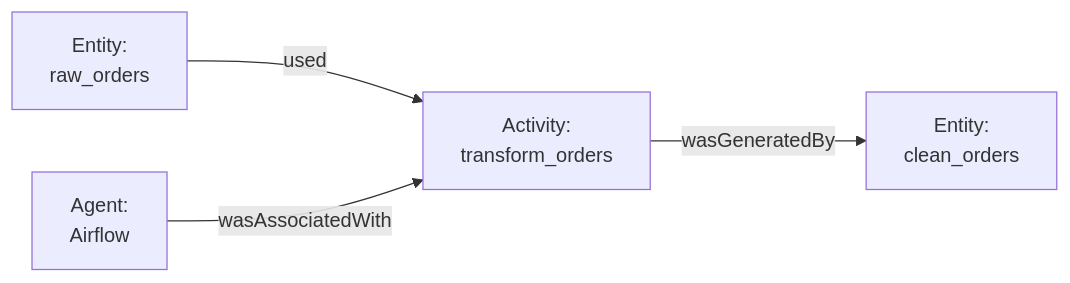
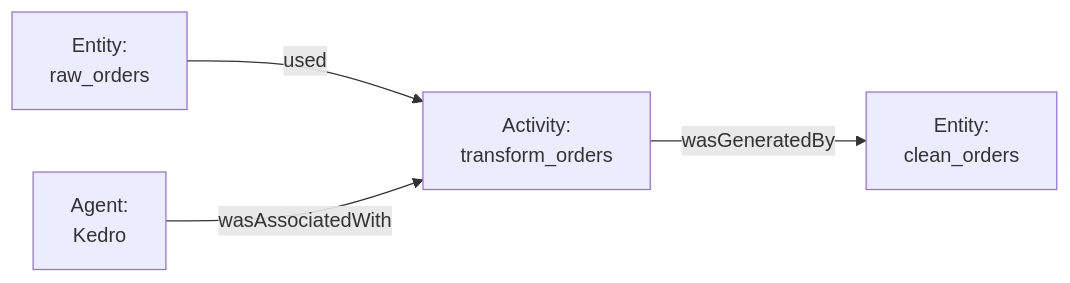
One commit to millsks/data-lineage-book changed the second of 4 diagrams in chapters/02-metadata-fundamentals.md. Above: the diagram before and after it, drawn with Mermaid. The commit also changed 4 other files, not shown here.

Commit message:
fix: update references from Airflow to Kedro in multiple chapters for consistency

````diff
--- a/chapters/02-metadata-fundamentals.md
+++ b/chapters/02-metadata-fundamentals.md
@@ -220,6 +220,6 @@
 ```mermaid
 graph LR
     E1["Entity:<br/>raw_orders"] -->|"used"| A["Activity:<br/>transform_orders"]
     A -->|"wasGeneratedBy"| E2["Entity:<br/>clean_orders"]
-    AG["Agent:<br/>Airflow"] -->|"wasAssociatedWith"| A
+    AG["Agent:<br/>Kedro"] -->|"wasAssociatedWith"| A
 ```
````
